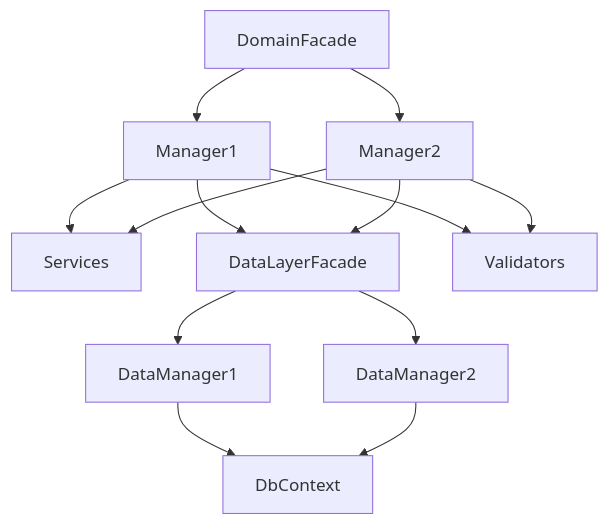
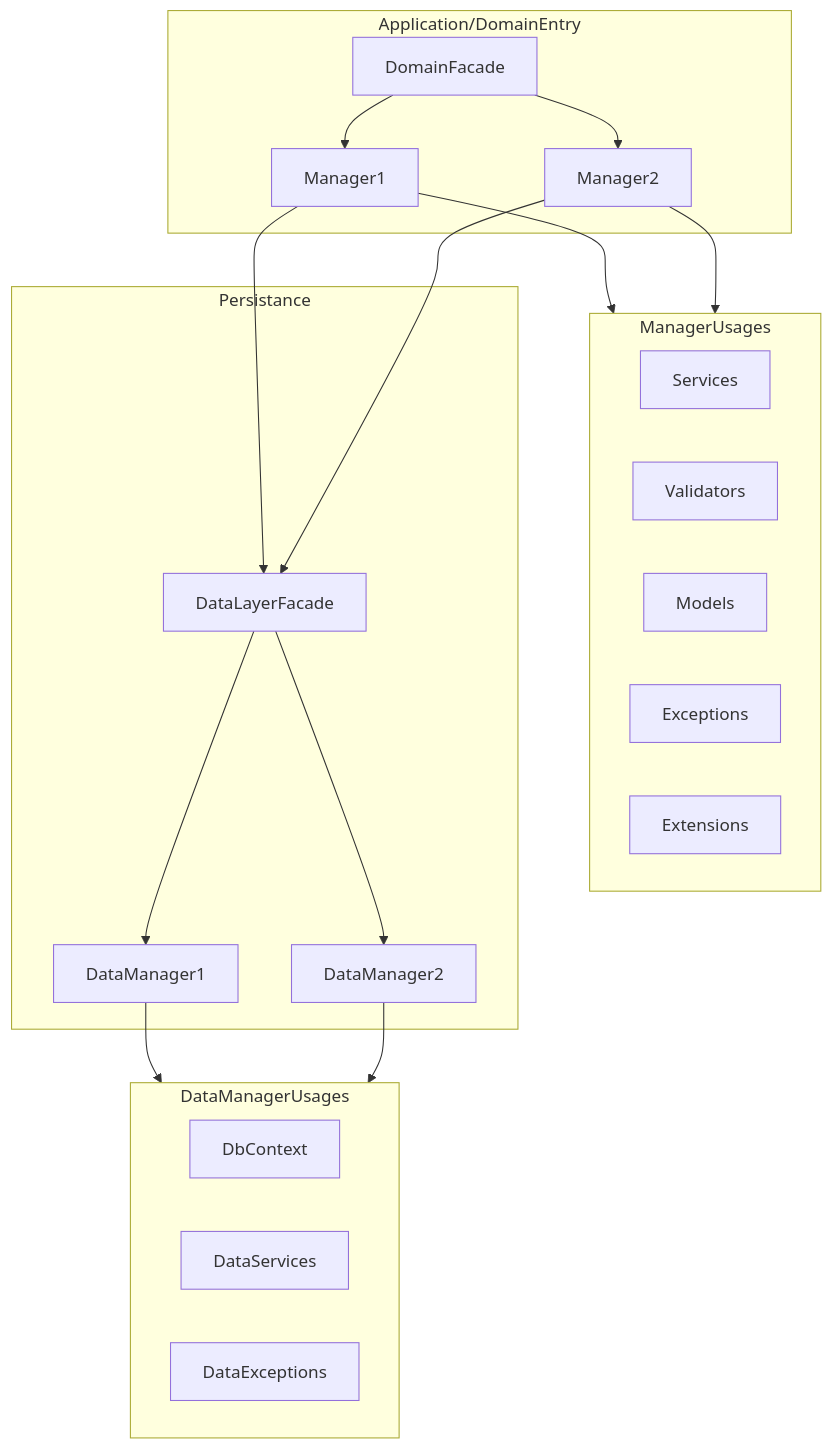
One commit to RobinAxelsson/Air changed the diagram in README.md. Above: the diagram before and after it, drawn with Mermaid.

Commit message:
doc: add kumar diagram

````diff
--- a/README.md
+++ b/README.md
@@ -13,15 +13,33 @@
 ```mermaid
 graph TD
+    Manager1 --> ManagerUsages
+    Manager1 --> DataLayerFacade
+    Manager2 --> DataLayerFacade
+    Manager2 --> ManagerUsages
+    DataManager1 --> DataManagerUsages
+    DataManager2 --> DataManagerUsages
+
+    subgraph Application/DomainEntry
     DomainFacade --> Manager1
     DomainFacade --> Manager2
-    Manager1 --> Services
-    Manager1 --> DataLayerFacade
-    Manager1 --> Validators
-    Manager2 --> Services
-    Manager2 --> DataLayerFacade
-    Manager2 --> Validators
+    end
+
+    subgraph ManagerUsages
+    Services
+    Validators
+    Models
+    Exceptions
+    Extensions
+    end
+
+    subgraph Persistance
     DataLayerFacade --> DataManager1
     DataLayerFacade --> DataManager2
-    DataManager1 --> DbContext
-    DataManager2 --> DbContext
+    end
+
+    subgraph DataManagerUsages
+    DbContext
+    DataServices
+    DataExceptions
+    end
 ```
````
